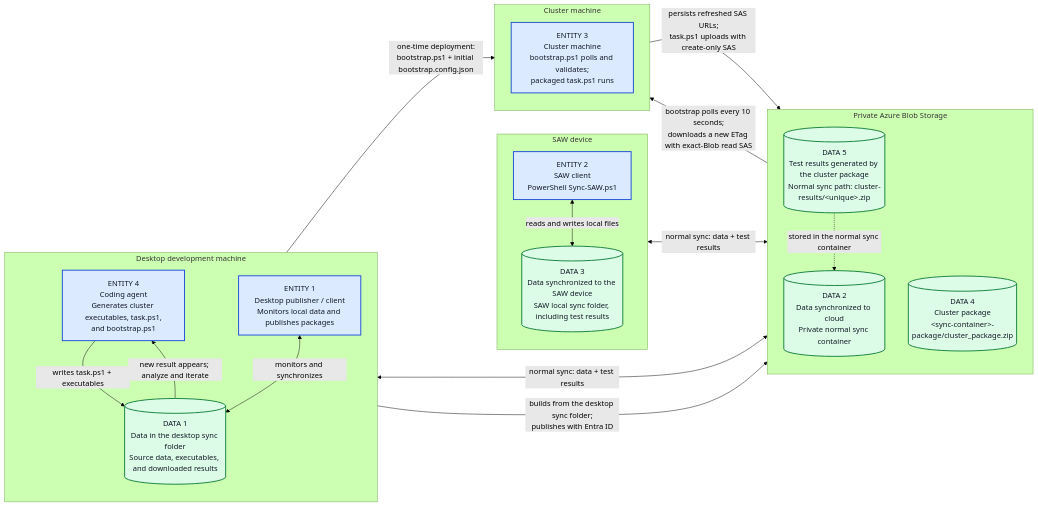
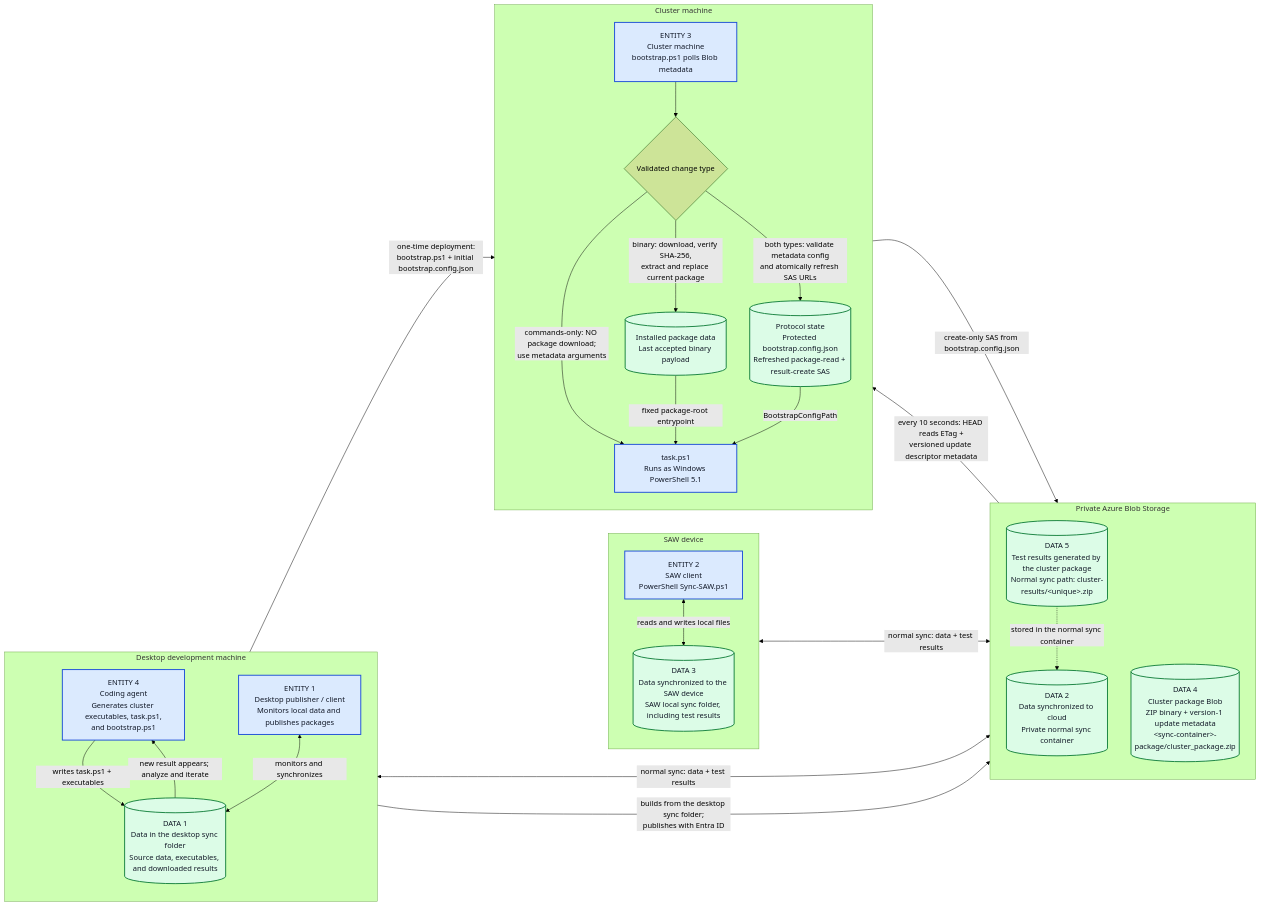
One commit to yaxia/SyncSAW changed the diagram in docs/AGENT-GUIDE.md. Above: the diagram before and after it, drawn with Mermaid (forest theme). The commit also changed other lines of this file and 16 other files, not shown here.

First line of the commit message:
Add cluster package update descriptors

````diff
--- a/docs/AGENT-GUIDE.md
+++ b/docs/AGENT-GUIDE.md
@@ -41,47 +41,57 @@
 ```mermaid
 flowchart LR
     subgraph DEVBOX["Desktop development machine"]
         direction TB
         AGENT["ENTITY 4<br/>Coding agent<br/>Generates cluster executables, task.ps1,<br/>and bootstrap.ps1"]
         DESKTOP["ENTITY 1<br/>Desktop publisher / client<br/>Monitors local data and publishes packages"]
         LOCAL[("DATA 1<br/>Data in the desktop sync folder<br/>Source data, executables, and downloaded results")]
 
         AGENT -->|"writes task.ps1 + executables"| LOCAL
         DESKTOP <-->|"monitors and synchronizes"| LOCAL
         LOCAL -->|"new result appears; analyze and iterate"| AGENT
     end
 
     subgraph AZURE["Private Azure Blob Storage"]
         direction TB
         CLOUD[("DATA 2<br/>Data synchronized to cloud<br/>Private normal sync container")]
-        PACKAGE[("DATA 4<br/>Cluster package<br/>&lt;sync-container&gt;-package/cluster_package.zip")]
+        PACKAGE[("DATA 4<br/>Cluster package Blob<br/>ZIP binary + version-1 update metadata<br/>&lt;sync-container&gt;-package/cluster_package.zip")]
         RESULTS[("DATA 5<br/>Test results generated by the cluster package<br/>Normal sync path: cluster-results/&lt;unique&gt;.zip")]
 
         RESULTS -.->|"stored in the normal sync container"| CLOUD
     end
 
     subgraph SAW_DEVICE["SAW device"]
         direction TB
         SAW["ENTITY 2<br/>SAW client<br/>PowerShell Sync-SAW.ps1"]
         SAW_DATA[("DATA 3<br/>Data synchronized to the SAW device<br/>SAW local sync folder, including test results")]
 
         SAW <-->|"reads and writes local files"| SAW_DATA
     end
 
     subgraph CLUSTER_DEVICE["Cluster machine"]
         direction TB
-        CLUSTER["ENTITY 3<br/>Cluster machine<br/>bootstrap.ps1 polls and validates;<br/>packaged task.ps1 runs"]
+        CLUSTER["ENTITY 3<br/>Cluster machine<br/>bootstrap.ps1 polls Blob metadata"]
+        DECISION{"Validated change type"}
+        INSTALLED[("Installed package data<br/>Last accepted binary payload")]
+        CONFIG[("Protocol state<br/>Protected bootstrap.config.json<br/>Refreshed package-read + result-create SAS")]
+        TASK["task.ps1<br/>Runs as Windows PowerShell 5.1"]
+        CLUSTER --> DECISION
+        DECISION -->|"binary: download, verify SHA-256,<br/>extract and replace current package"| INSTALLED
+        DECISION -->|"commands-only: NO package download;<br/>use metadata arguments"| TASK
+        DECISION -->|"both types: validate metadata config<br/>and atomically refresh SAS URLs"| CONFIG
+        INSTALLED -->|"fixed package-root entrypoint"| TASK
+        CONFIG -->|"BootstrapConfigPath"| TASK
     end
 
     DESKTOP <-->|"normal sync: data + test results"| CLOUD
     SAW <-->|"normal sync: data + test results"| CLOUD
     DESKTOP -->|"builds from the desktop sync folder;<br/>publishes with Entra ID"| PACKAGE
     AGENT -->|"one-time deployment:<br/>bootstrap.ps1 + initial bootstrap.config.json"| CLUSTER
-    PACKAGE -->|"bootstrap polls every 10 seconds;<br/>downloads a new ETag with exact-Blob read SAS"| CLUSTER
-    CLUSTER -->|"persists refreshed SAS URLs;<br/>task.ps1 uploads with create-only SAS"| RESULTS
+    PACKAGE -->|"every 10 seconds: HEAD reads ETag +<br/>versioned update descriptor metadata"| CLUSTER
+    TASK -->|"create-only SAS from bootstrap.config.json"| RESULTS
 
     classDef entity fill:#dbeafe,stroke:#1d4ed8,stroke-width:2px,color:#111827;
     classDef data fill:#dcfce7,stroke:#15803d,stroke-width:2px,color:#111827;
-    class AGENT,DESKTOP,SAW,CLUSTER entity;
-    class LOCAL,CLOUD,SAW_DATA,PACKAGE,RESULTS data;
+    class AGENT,DESKTOP,SAW,CLUSTER,TASK entity;
+    class LOCAL,CLOUD,SAW_DATA,PACKAGE,RESULTS,INSTALLED,CONFIG data;
 ```
````
